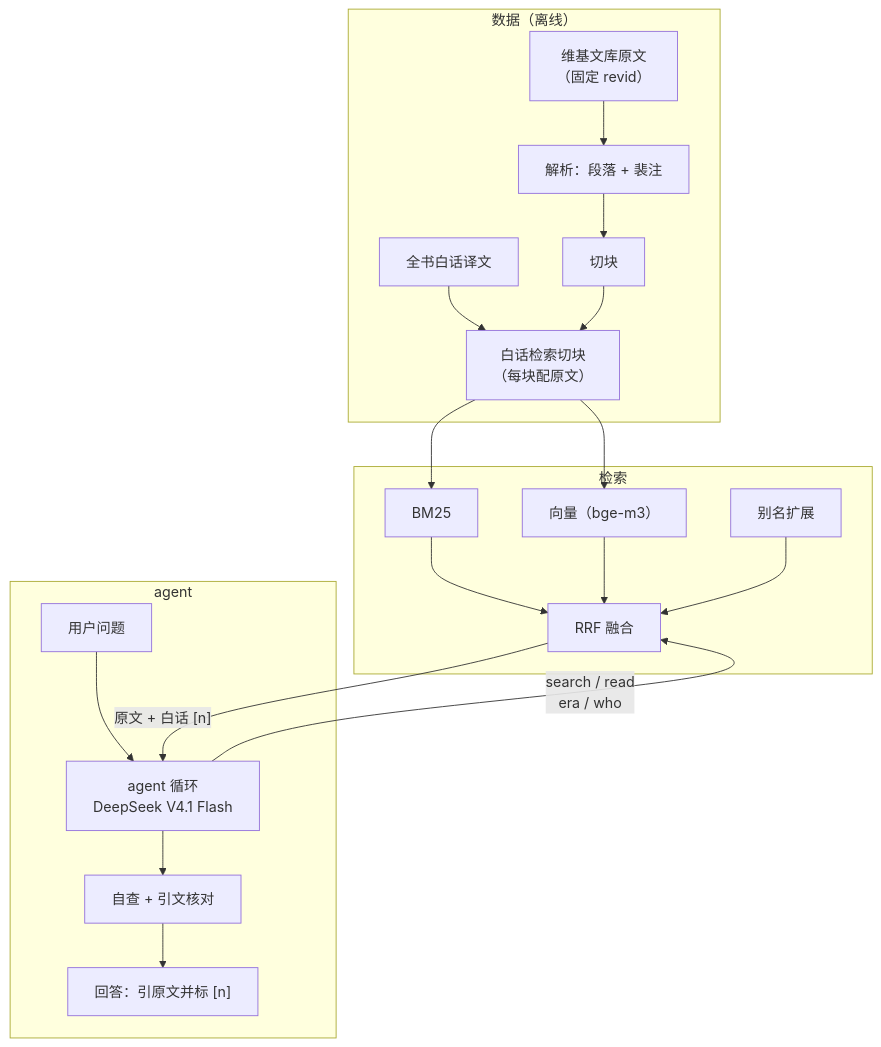
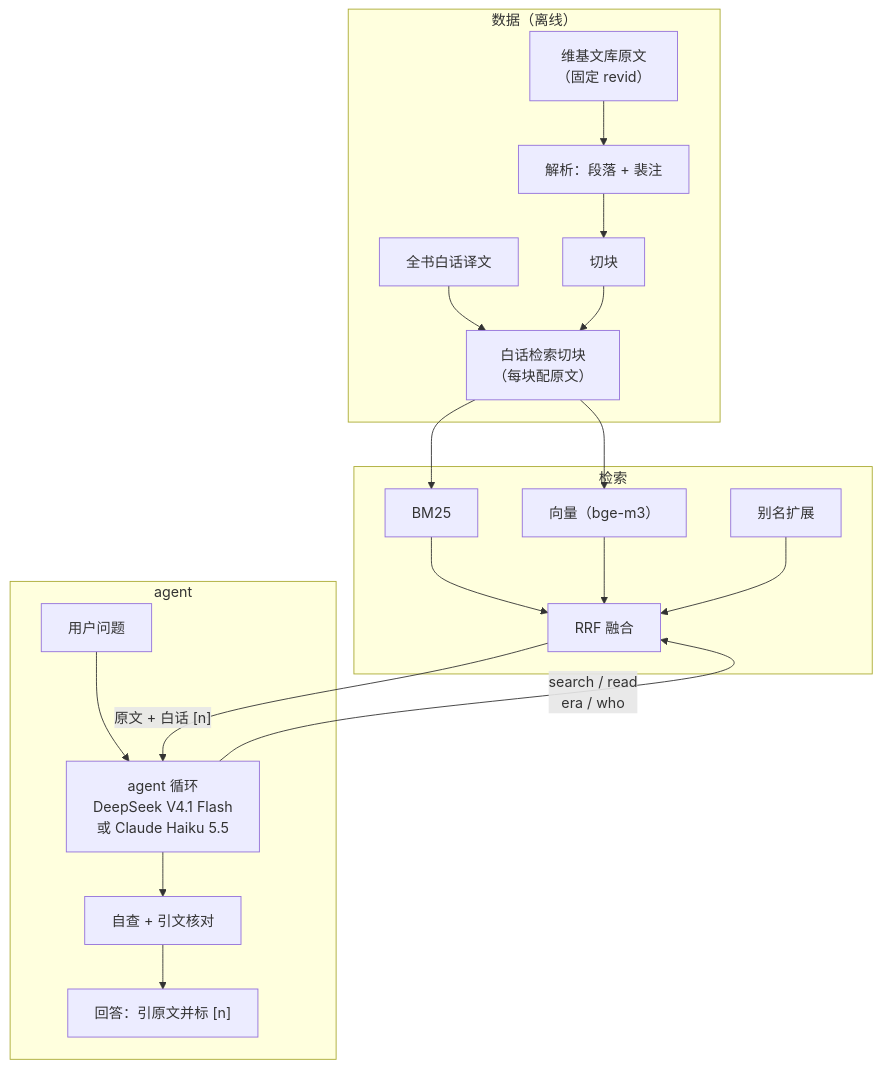
One commit to DynHelium/sanguozhi-rag changed the diagram in README.zh-CN.md. Above: the diagram before and after it, drawn with Mermaid. The commit also changed other lines of this file and 28 other files, not shown here.

First line of the commit message:
支持两种大模型后端：默认 DeepSeek V4.1 Flash（OpenRouter），也可用 Claude Haiku 5.5（Claude 原生接口，LLM_BACKEND=anthropic，rag/claude_llm.py）；拼音人名查询（who 认拼音和威妥玛拼法、列出同音者，英文问题里的拼音人名由代码先查）；其他史书和小说里的叫法（data/aliases_extra.json）；汇总题搜索门槛 3 次；“” 里的文言也核对；英文题 103 道；README 加两种后端对照

````diff
--- a/README.zh-CN.md
+++ b/README.zh-CN.md
@@ -54,23 +54,23 @@
 ```mermaid
 flowchart TB
     subgraph 数据["数据（离线）"]
         W["维基文库原文<br/>（固定 revid）"] --> P["解析：段落 + 裴注"]
         P --> C["切块"]
         T["全书白话译文"] --> TC["白话检索切块<br/>（每块配原文）"]
         C --> TC
     end
     subgraph 检索["检索"]
         B["BM25"] --> F["RRF 融合"]
         D["向量（bge-m3）"] --> F
         E["别名扩展"] --> F
     end
     subgraph 回答["agent"]
-        Q["用户问题"] --> L["agent 循环<br/>DeepSeek V4.1 Flash"]
+        Q["用户问题"] --> L["agent 循环<br/>DeepSeek V4.1 Flash<br/>或 Claude Haiku 5.5"]
         L --> R["自查 + 引文核对"]
         R --> O["回答：引原文并标 [n]"]
     end
     TC --> B
     TC --> D
     L -- "search / read<br/>era / who" --> F
     F -- "原文 + 白话 [n]" --> L
 ```
````
